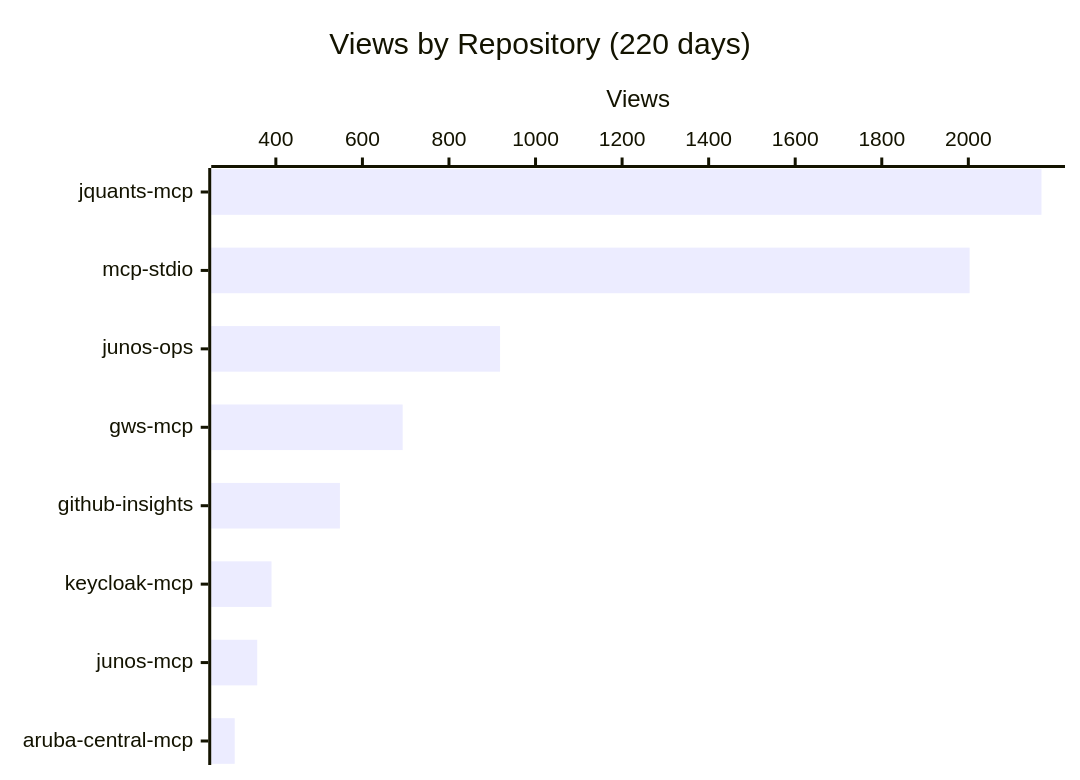
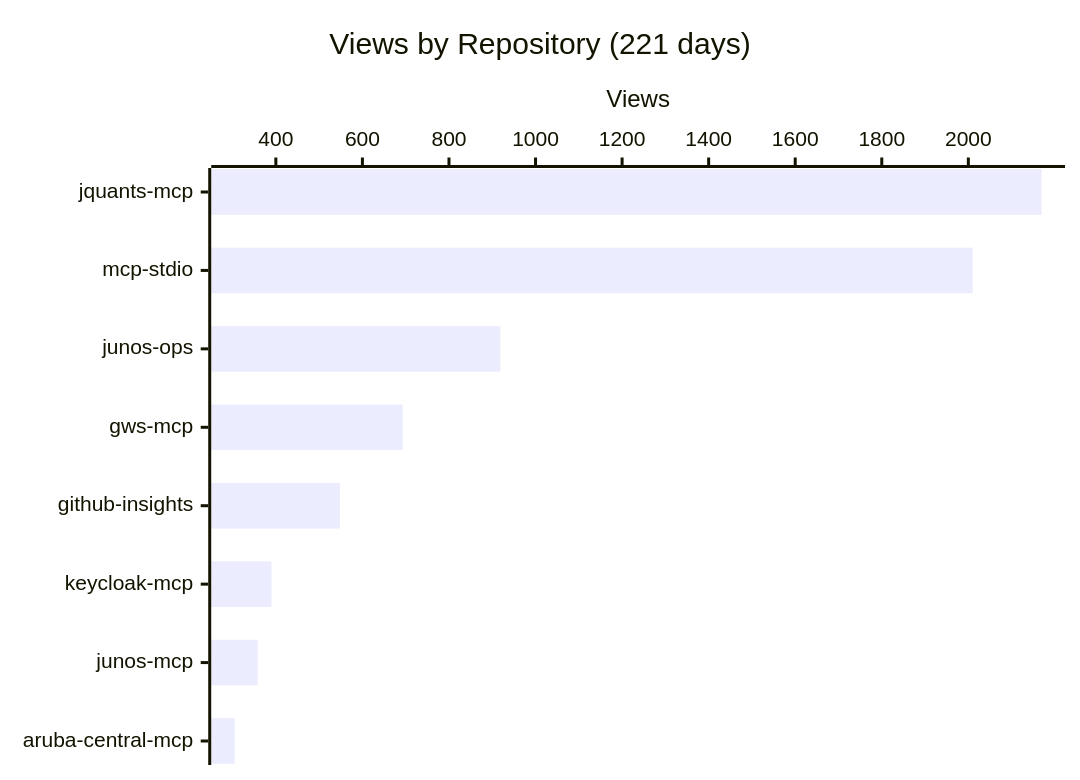
One commit to shigechika/github-insights changed the first of 4 diagrams in README.md. Above: the diagram before and after it, drawn with Mermaid. The commit also changed other lines of this file and 2 other files, not shown here.

````diff
--- a/README.md
+++ b/README.md
@@ -18,7 +18,7 @@
 ```mermaid
 xychart-beta horizontal
-    title "Views by Repository (220 days)"
+    title "Views by Repository (221 days)"
     x-axis ["jquants-mcp", "mcp-stdio", "junos-ops", "gws-mcp", "github-insights", "keycloak-mcp", "junos-mcp", "aruba-central-mcp"]
     y-axis "Views"
-    bar [2169, 2003, 918, 693, 548, 390, 357, 305]
+    bar [2169, 2010, 919, 693, 548, 390, 358, 305]
 ```
````
